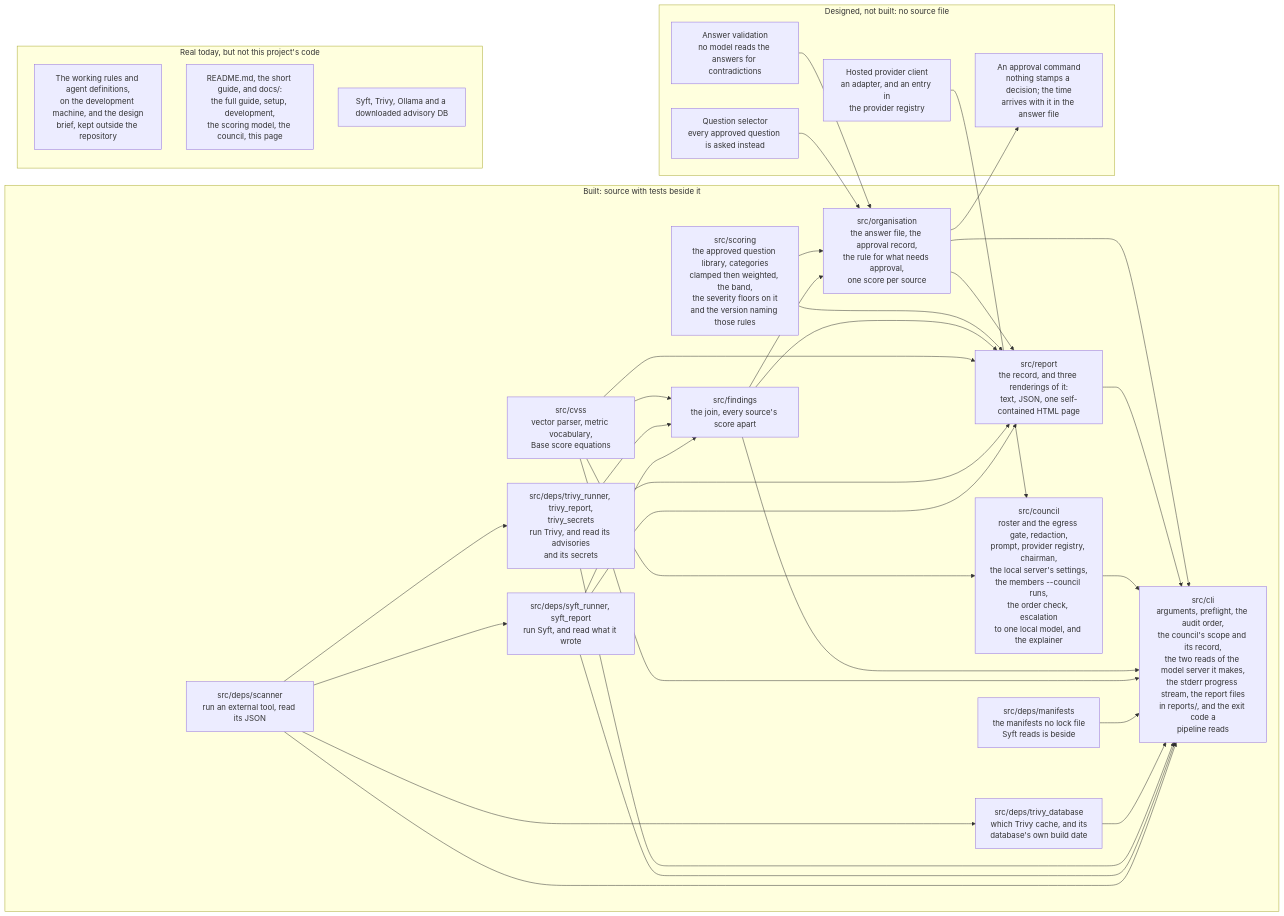
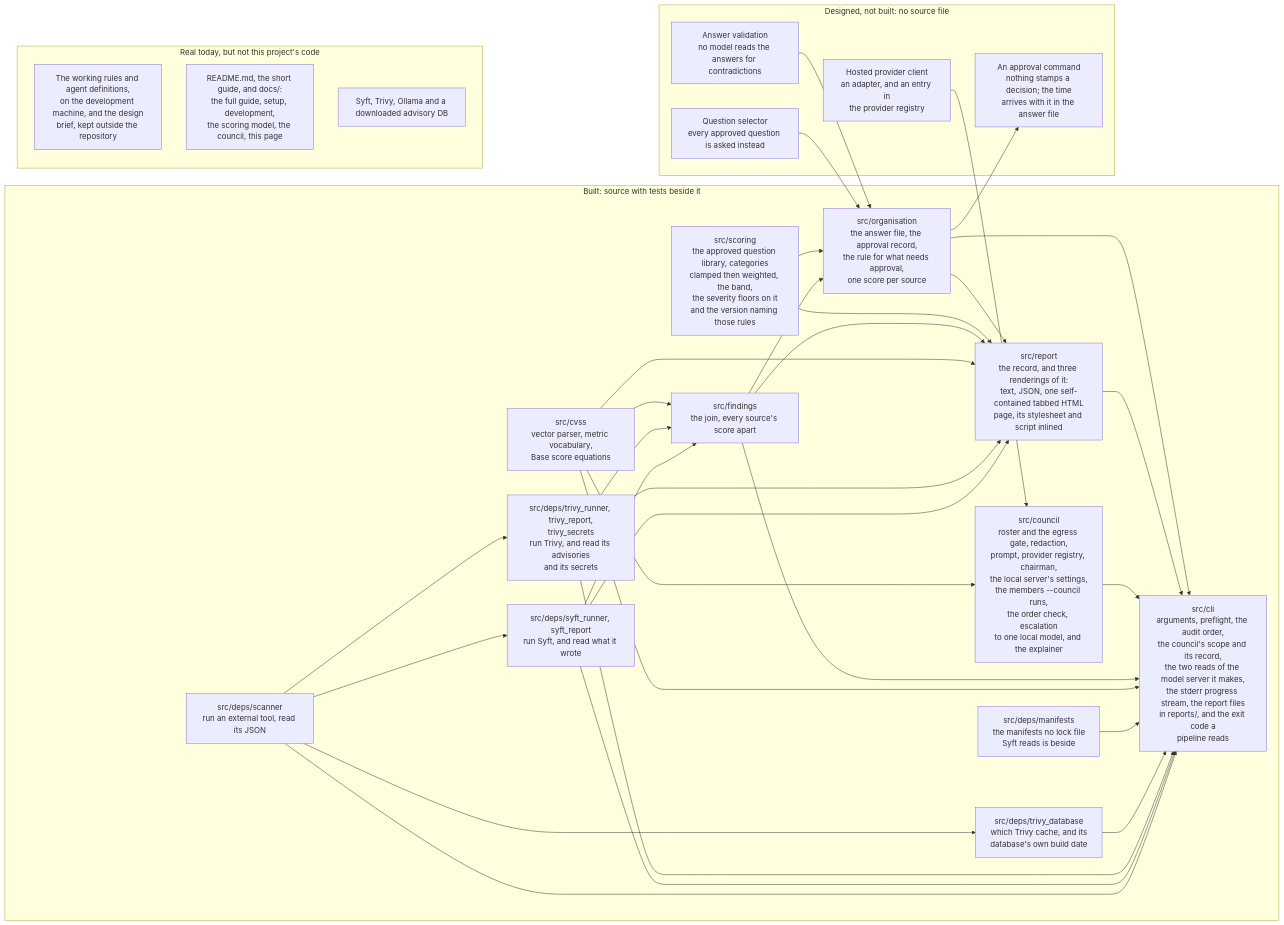
Before and after one commit to heinthtnaung/AgenticLLMAppAuditor: the fifth of 5 diagrams in docs/diagrams.md, drawn with Mermaid. The commit also changed other lines of this file and 56 other files, not shown here.

Commit message:
Lay the HTML report out as the template's tabbed page

````diff
--- a/docs/diagrams.md
+++ b/docs/diagrams.md
@@ -594,60 +594,60 @@
 ```mermaid
 flowchart LR
     subgraph BUILT["Built: source with tests beside it"]
         b0["src/deps/scanner<br/>run an external tool, read its JSON"]
         b1["src/deps/syft_runner, syft_report<br/>run Syft, and read what it wrote"]
         b2["src/deps/trivy_runner, trivy_report,<br/>trivy_secrets<br/>run Trivy, and read its advisories<br/>and its secrets"]
         b3["src/deps/trivy_database<br/>which Trivy cache, and its<br/>database's own build date"]
         b11["src/deps/manifests<br/>the manifests no lock file<br/>Syft reads is beside"]
         b4["src/cvss<br/>vector parser, metric vocabulary,<br/>Base score equations"]
         b5["src/findings<br/>the join, every source's score apart"]
         b7["src/council<br/>roster and the egress gate, redaction,<br/>prompt, provider registry, chairman,<br/>the local server's settings,<br/>the members --council runs,<br/>the order check, escalation<br/>to one local model, and the explainer"]
-        b8["src/report<br/>the record, and three renderings of it:<br/>text, JSON, one self-contained HTML page"]
+        b8["src/report<br/>the record, and three renderings of it:<br/>text, JSON, one self-contained tabbed HTML<br/>page, its stylesheet and script inlined"]
         b9["src/cli<br/>arguments, preflight, the audit order,<br/>the council's scope and its record,<br/>the two reads of the model server it makes,<br/>the stderr progress stream, the report files<br/>in reports/, and the exit code a<br/>pipeline reads"]
         b6["src/scoring<br/>the approved question library, categories<br/>clamped then weighted, the band,<br/>the severity floors on it<br/>and the version naming those rules"]
         b10["src/organisation<br/>the answer file, the approval record,<br/>the rule for what needs approval,<br/>one score per source"]
         b0 --> b1
         b0 --> b2
         b0 --> b3
         b0 --> b9
         b1 --> b5
         b1 --> b8
         b1 --> b9
         b2 --> b5
         b2 --> b8
         b2 --> b9
         b3 --> b9
         b11 --> b9
         b4 --> b5
         b4 --> b7
         b4 --> b8
         b4 --> b9
         b5 --> b8
         b5 --> b9
         b5 --> b10
         b6 --> b8
         b6 --> b10
         b7 --> b9
         b8 --> b9
         b10 --> b8
         b10 --> b9
     end
 
     subgraph UNBUILT["Designed, not built: no source file"]
         d2["Question selector<br/>every approved question is asked instead"]
         d3["Answer validation<br/>no model reads the answers for contradictions"]
         d6["Hosted provider client<br/>an adapter, and an entry in<br/>the provider registry"]
         d12["An approval command<br/>nothing stamps a decision; the time<br/>arrives with it in the answer file"]
     end
 
     d6 --> b7
     d2 --> b10
     d3 --> b10
     b10 --> d12
 
     subgraph REAL["Real today, but not this project's code"]
         x1["The working rules and agent definitions,<br/>on the development machine, and the design<br/>brief, kept outside the repository"]
         x2["README.md, the short guide, and docs/:<br/>the full guide, setup, development,<br/>the scoring model, the council, this page"]
         x4["Syft, Trivy, Ollama and a downloaded advisory DB"]
     end
 ```
````
